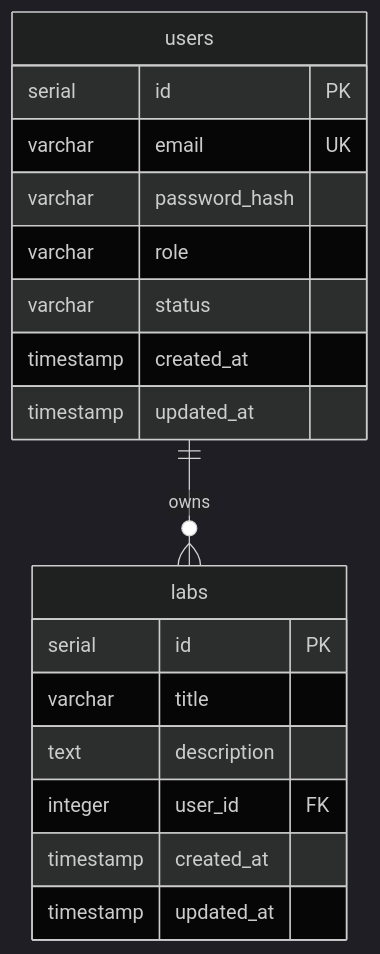
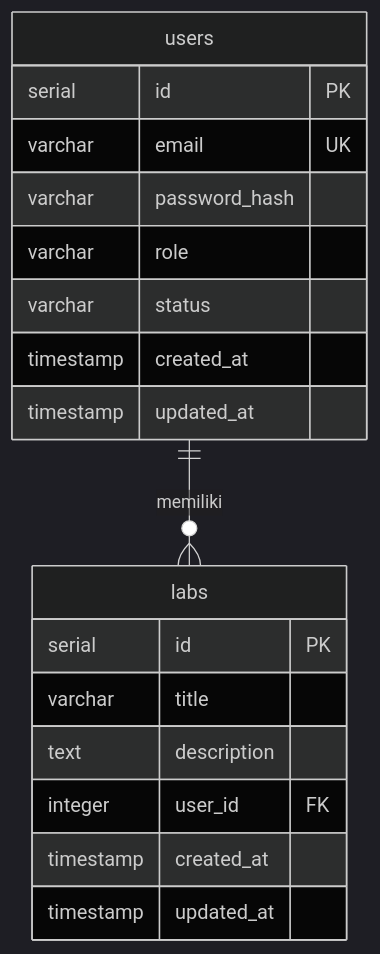
One commit to Hendrich/script-labs changed the diagram in docs/DATABASE_ARCHITECTURE_V2.md. Above: the diagram before and after it, drawn with Mermaid (dark theme). The commit also changed other lines of this file and 9 other files, not shown here.

````diff
--- a/docs/DATABASE_ARCHITECTURE_V2.md
+++ b/docs/DATABASE_ARCHITECTURE_V2.md
@@ -30,23 +30,23 @@
 ```mermaid
 erDiagram
-    users ||--o{ labs : "owns"
+    users ||--o{ labs : "memiliki"
 
     users {
         serial id PK
         varchar email UK
         varchar password_hash
         varchar role
         varchar status
         timestamp created_at
         timestamp updated_at
     }
 
     labs {
         serial id PK
         varchar title
         text description
         integer user_id FK
         timestamp created_at
         timestamp updated_at
     }
 ```
````
